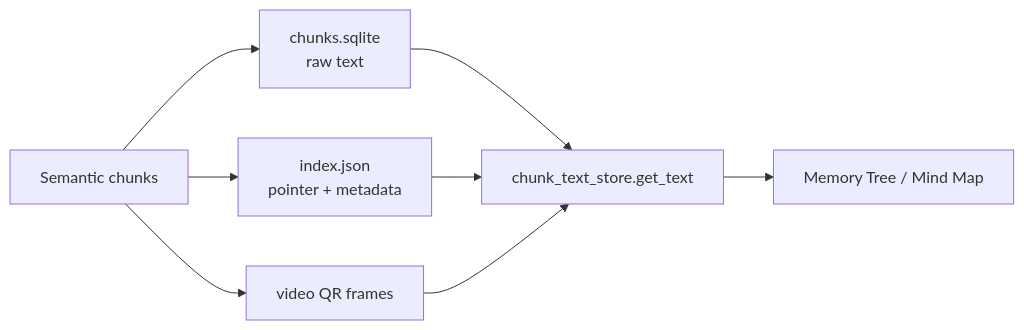
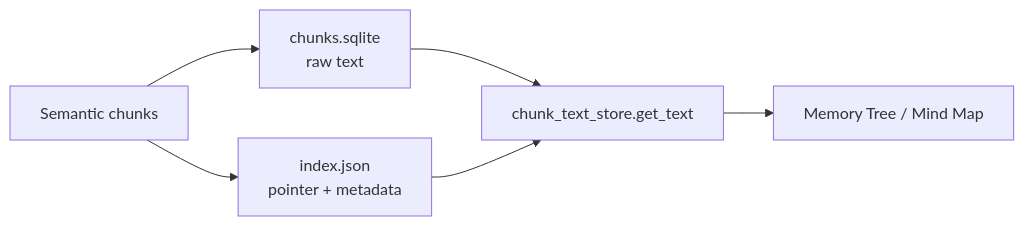
Before and after one commit to levuanh2/memvid_baocaototnghiep: the first of 2 diagrams in docs/QUY_TRINH_TAO_SO_DO_TU_DUY.md, drawn with Mermaid. The commit also changed other lines of this file and 10 other files, not shown here.

````diff
--- a/docs/QUY_TRINH_TAO_SO_DO_TU_DUY.md
+++ b/docs/QUY_TRINH_TAO_SO_DO_TU_DUY.md
@@ -22,10 +22,8 @@
 ```mermaid
 flowchart LR
     A[Semantic chunks] --> B[chunks.sqlite<br/>raw text]
     A --> C[index.json<br/>pointer + metadata]
-    A --> D[video QR frames]
     B --> E[chunk_text_store.get_text]
     C --> E
-    D --> E
     E --> F[Memory Tree / Mind Map]
 ```
````
